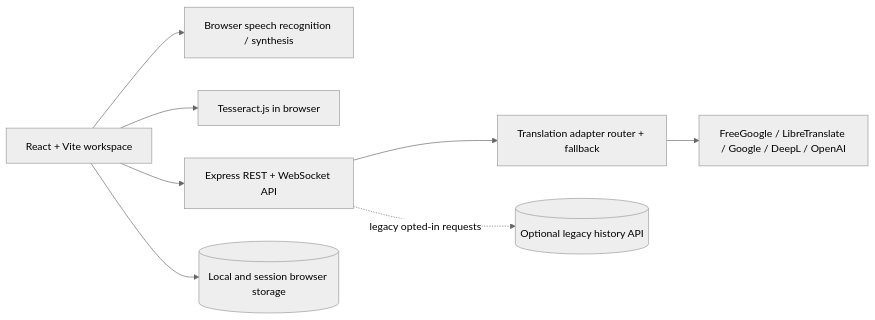
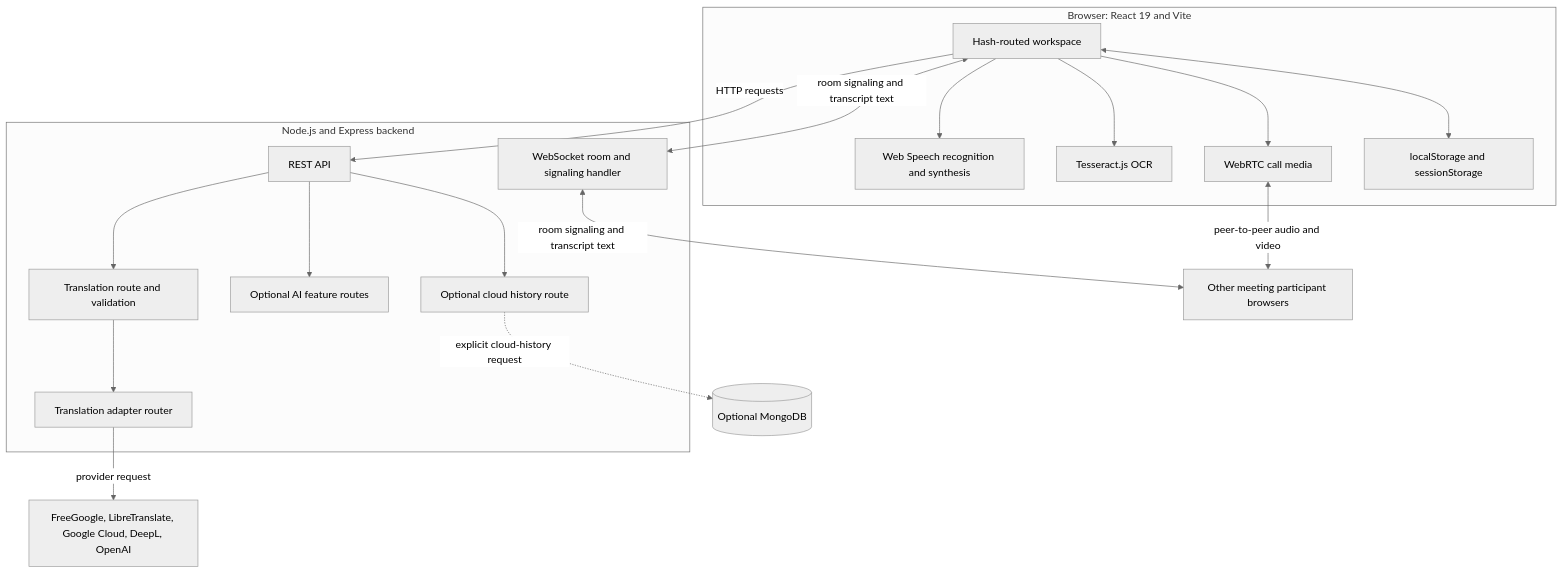
Before and after one commit to 409070349865/Awaz-App: the fourth of 4 diagrams in README.md, drawn with Mermaid (neutral theme). The commit also changed other lines of this file, not shown here.

````diff
--- a/README.md
+++ b/README.md
@@ -31,18 +109,38 @@
 ```mermaid
-flowchart LR
-  Browser[React + Vite workspace]
-  Speech[Browser speech recognition / synthesis]
-  OCR[Tesseract.js in browser]
-  API[Express REST + WebSocket API]
-  Orchestrator[Translation adapter router + fallback]
-  Providers[FreeGoogle / LibreTranslate / Google / DeepL / OpenAI]
-  Mongo[(Optional legacy history API)]
-  Local[(Local and session browser storage)]
-  Browser --> Speech
-  Browser --> OCR
-  Browser --> API
-  Browser --> Local
-  API --> Orchestrator
-  Orchestrator --> Providers
-  API -. legacy opted-in requests .-> Mongo
+flowchart TB
+  subgraph Browser["Browser: React 19 and Vite"]
+    UI[Hash-routed workspace]
+    Speech[Web Speech recognition and synthesis]
+    OCR[Tesseract.js OCR]
+    WebRTC[WebRTC call media]
+    Storage[localStorage and sessionStorage]
+    UI --> Speech
+    UI --> OCR
+    UI --> WebRTC
+    UI <--> Storage
+  end
+
+  subgraph Backend["Node.js and Express backend"]
+    REST[REST API]
+    Translate[Translation route and validation]
+    Adapters[Translation adapter router]
+    WS[WebSocket room and signaling handler]
+    AI[Optional AI feature routes]
+    CloudHistory[Optional cloud history route]
+    REST --> Translate
+    Translate --> Adapters
+    REST --> AI
+    REST --> CloudHistory
+  end
+
+  Providers[FreeGoogle, LibreTranslate, Google Cloud, DeepL, OpenAI]
+  Mongo[(Optional MongoDB)]
+  OtherBrowser[Other meeting participant browsers]
+
+  UI -->|HTTP requests| REST
+  Adapters -->|provider request| Providers
+  CloudHistory -. explicit cloud-history request .-> Mongo
+  UI <-->|room signaling and transcript text| WS
+  WS <-->|room signaling and transcript text| OtherBrowser
+  WebRTC <-->|peer-to-peer audio and video| OtherBrowser
 ```
````
